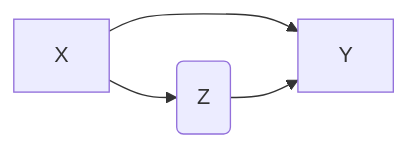
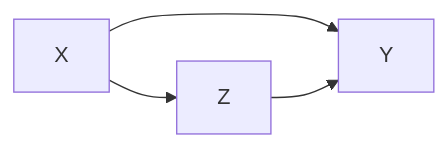
One commit to csinva/csinva.github.io changed the diagram in _notes/ml/ml.md. Above: the diagram before and after it, drawn with Mermaid. The commit also changed other lines of this file and 96 other files, not shown here.

````diff
--- a/_notes/ml/ml.md
+++ b/_notes/ml/ml.md
@@ -126,6 +121,6 @@
 ```mermaid
 graph LR;
   X-->Y;
-  X --> Z(Z)
+  X --> Z
   Z --> Y
 ```
````
